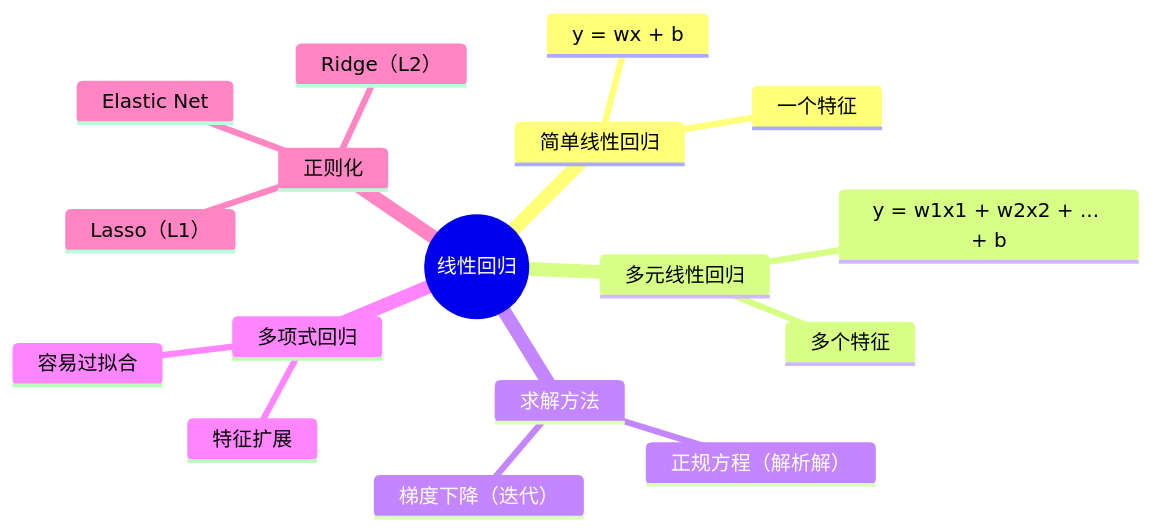
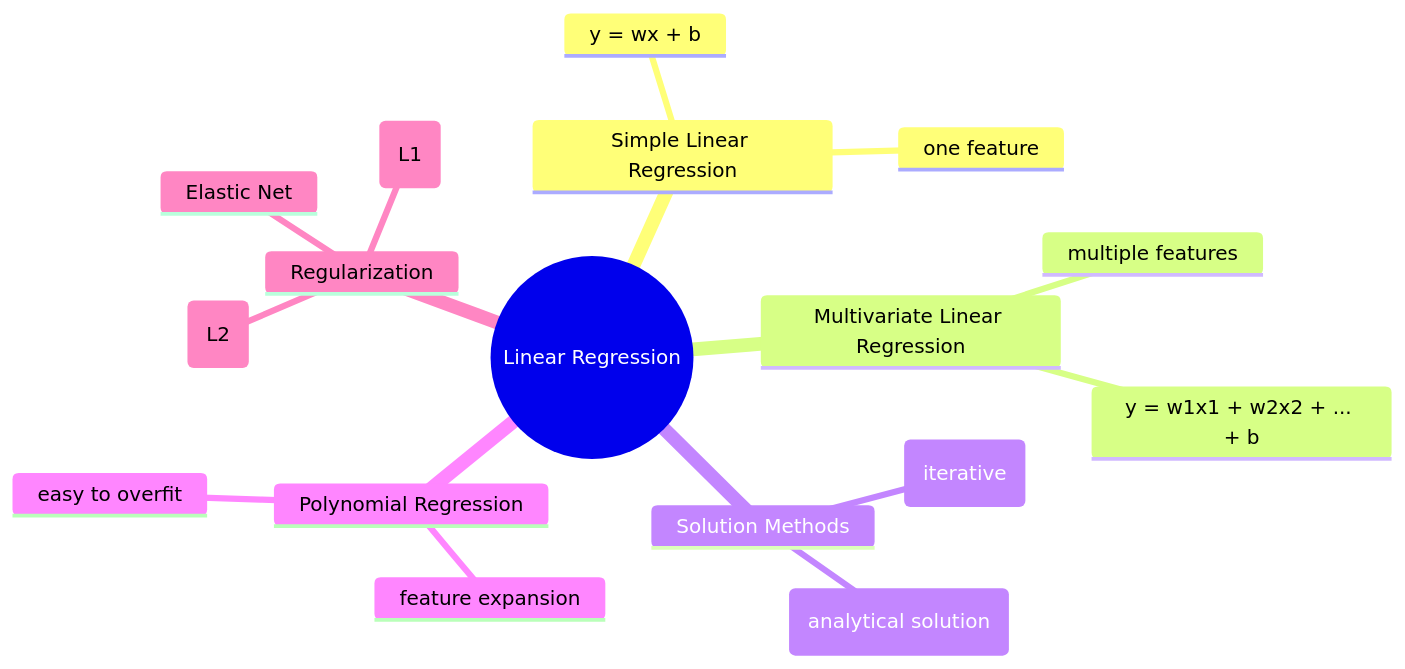
Before and after one commit to oudbiao/AI-fullstack-course: the third of 3 diagrams in docs/ch05-machine-learning/ch02-supervised/01-linear-regression.md, drawn with Mermaid. The commit also changed other lines of this file and 1406 other files, not shown here.

````diff
--- a/docs/ch05-machine-learning/ch02-supervised/01-linear-regression.md
+++ b/docs/ch05-machine-learning/ch02-supervised/01-linear-regression.md
@@ -770,20 +770,20 @@
 ```mermaid
 mindmap
-  root((线性回归))
-    简单线性回归
+  root((Linear Regression))
+    Simple Linear Regression
       y = wx + b
-      一个特征
-    多元线性回归
+      one feature
+    Multivariate Linear Regression
       y = w1x1 + w2x2 + ... + b
-      多个特征
-    求解方法
-      正规方程（解析解）
-      梯度下降（迭代）
-    多项式回归
-      特征扩展
-      容易过拟合
-    正则化
-      Ridge（L2）
-      Lasso（L1）
+      multiple features
+    Solution Methods
+      Normal Equation (analytical solution)
+      Gradient Descent (iterative)
+    Polynomial Regression
+      feature expansion
+      easy to overfit
+    Regularization
+      Ridge (L2)
+      Lasso (L1)
       Elastic Net
 ```
````
